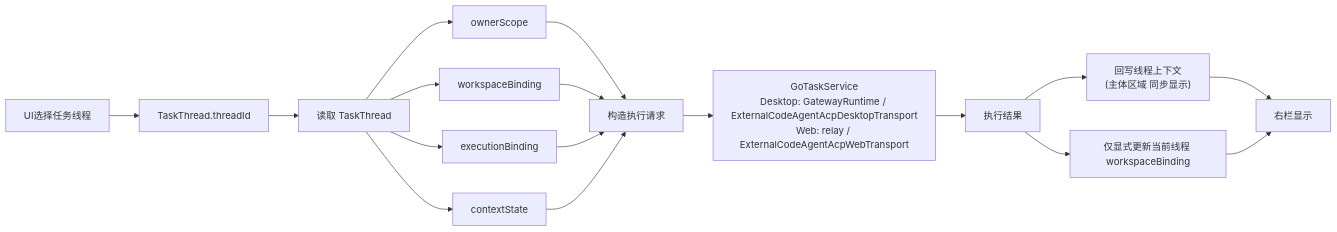
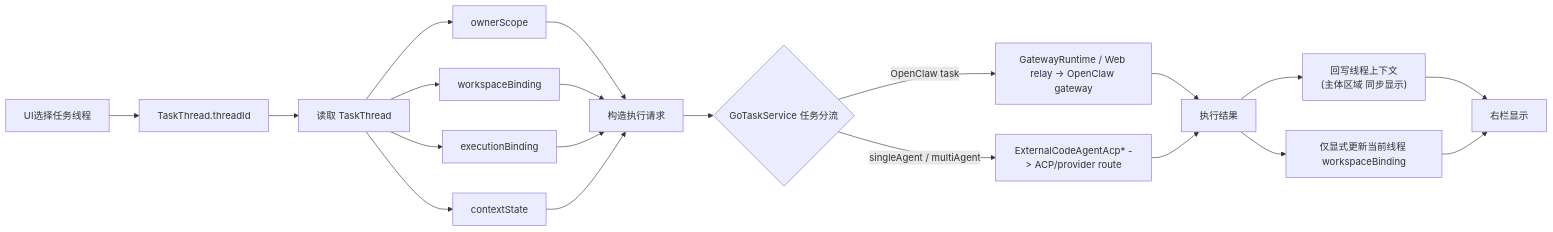
One commit to ai-workspace-lab/xworkmate-app changed the diagram in docs/architecture/assistant-thread-target-model-20260328.md. Above: the diagram before and after it, drawn with Mermaid. The commit also changed other lines of this file and 2 other files, not shown here.

Commit message:
docs: record metadata issue and task routing

````diff
--- a/docs/architecture/assistant-thread-target-model-20260328.md
+++ b/docs/architecture/assistant-thread-target-model-20260328.md
@@ -121,24 +121,28 @@
 ```mermaid
 flowchart LR
   A["UI选择任务线程"] --> B["TaskThread.threadId"]
   B --> C["读取 TaskThread"]
 
   C --> D1["ownerScope"]
   C --> D2["workspaceBinding"]
   C --> D3["executionBinding"]
   C --> D4["contextState"]
 
   D1 --> E["构造执行请求"]
   D2 --> E
   D3 --> E
   D4 --> E
 
-  E --> F["GoTaskService\nDesktop: GatewayRuntime / ExternalCodeAgentAcpDesktopTransport\nWeb: relay / ExternalCodeAgentAcpWebTransport"]
-  F --> G["执行结果"]
+  E --> F{"GoTaskService 任务分流"}
+  F -->|OpenClaw task| G["GatewayRuntime / Web relay -> OpenClaw gateway"]
+  F -->|singleAgent / multiAgent| H["ExternalCodeAgentAcp* -> ACP/provider route"]
 
-  G --> H["回写线程上下文\n(主体区域 同步显示)"]
-  G --> I["仅显式更新当前线程 workspaceBinding"]
+  G --> I["执行结果"]
+  H --> I
 
-  H --> J["右栏显示"]
-  I --> J
+  I --> J["回写线程上下文\n(主体区域 同步显示)"]
+  I --> K["仅显式更新当前线程 workspaceBinding"]
+
+  J --> L["右栏显示"]
+  K --> L
 ```
````
